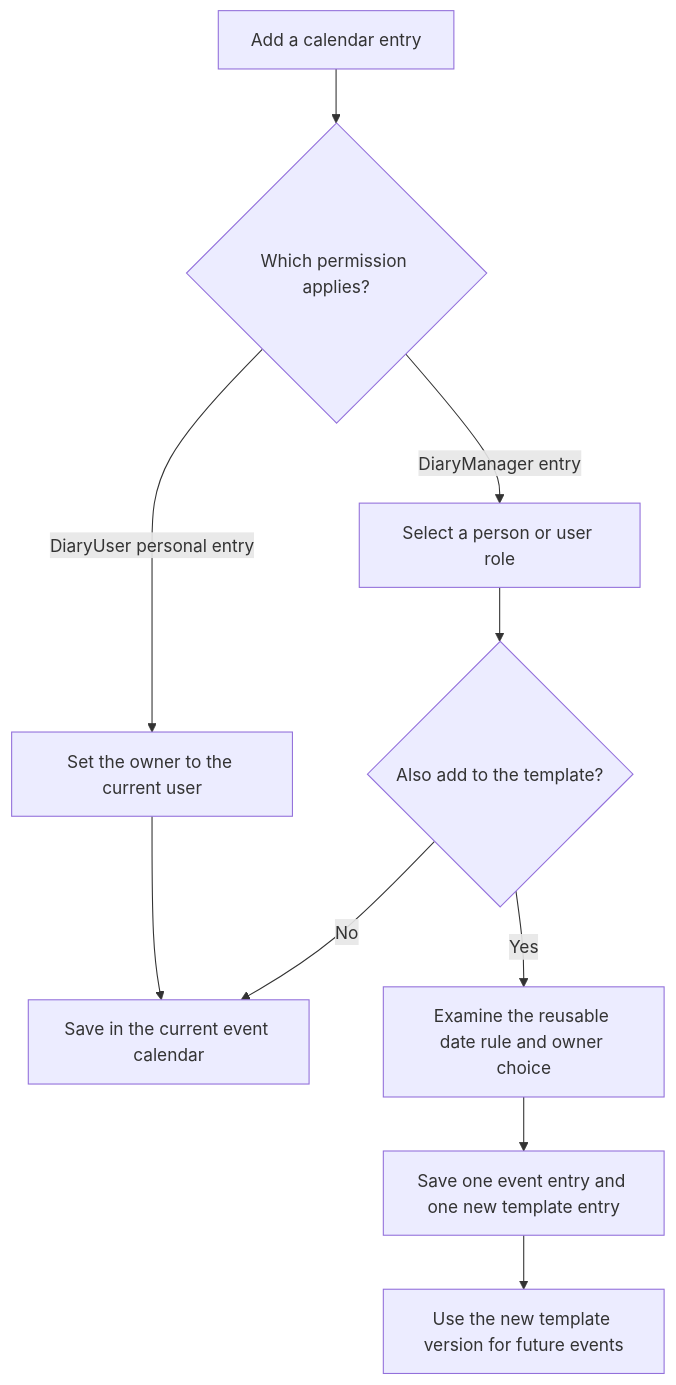
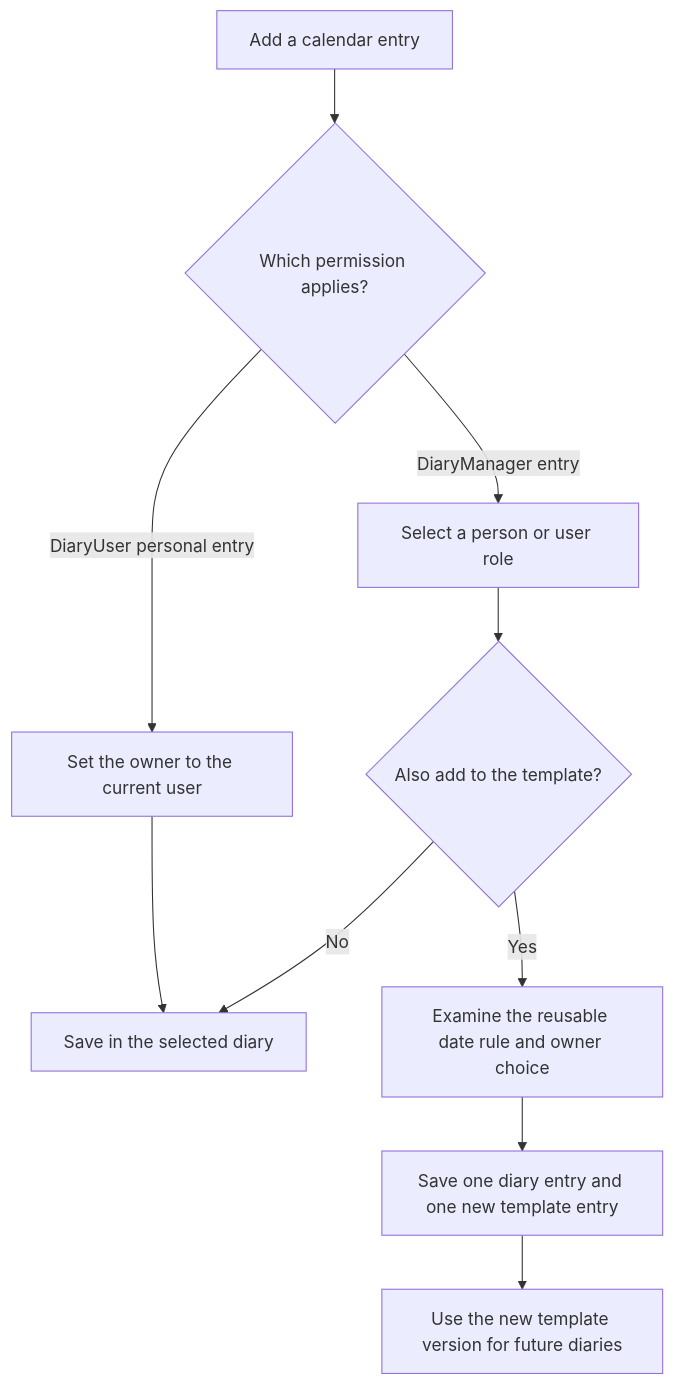
One commit to TonyFlury/GarageSale changed diagram 12 of 13 in docs/design/event-calendar.md. Above: the diagram before and after it, drawn with Mermaid. The commit also changed other lines of this file and 2 other files, not shown here.

Commit message:
docs: make Diary access design independent of host events and groups

````diff
--- a/docs/design/event-calendar.md
+++ b/docs/design/event-calendar.md
@@ -888,12 +879,12 @@
 ```mermaid
 flowchart TD
     A[Add a calendar entry] --> B{Which permission applies?}
     B -->|DiaryUser personal entry| C[Set the owner to the current user]
     B -->|DiaryManager entry| D[Select a person or user role]
-    C --> E[Save in the current event calendar]
+    C --> E[Save in the selected diary]
     D --> F{Also add to the template?}
     F -->|No| E
     F -->|Yes| G[Examine the reusable date rule and owner choice]
-    G --> H[Save one event entry and one new template entry]
-    H --> I[Use the new template version for future events]
+    G --> H[Save one diary entry and one new template entry]
+    H --> I[Use the new template version for future diaries]
 ```
````
